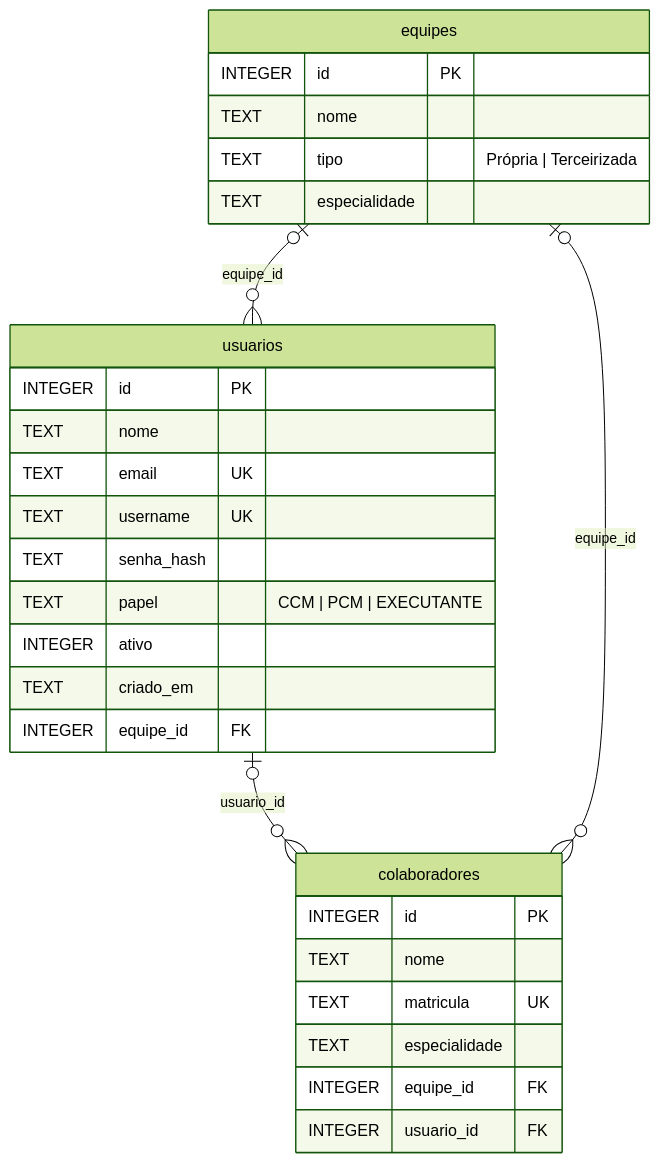
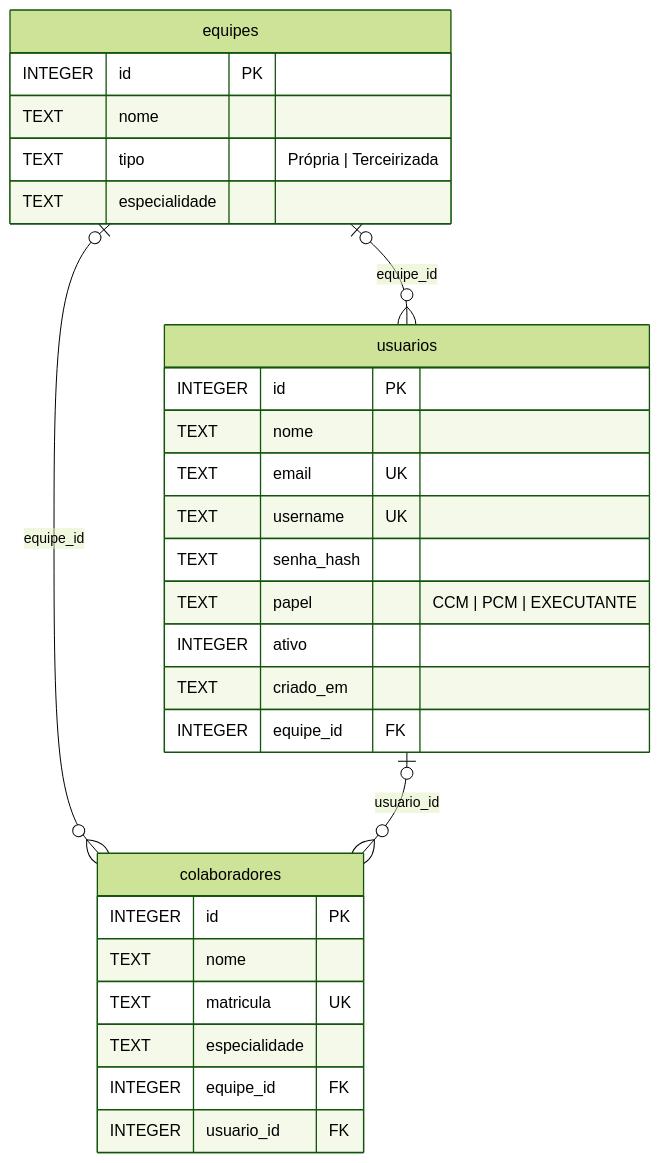
One commit to stephanyserri-senai/sigma-ccm-v3 changed the second of 8 diagrams in docs/banco-de-dados.md. Above: the diagram before and after it, drawn with Mermaid (forest theme). The commit also changed other lines of this file and 105 other files, not shown here.

````diff
--- a/docs/banco-de-dados.md
+++ b/docs/banco-de-dados.md
@@ -95,31 +95,31 @@
 ```mermaid
 erDiagram
   usuarios {
     INTEGER id PK
     TEXT nome
     TEXT email UK
     TEXT username UK
     TEXT senha_hash
     TEXT papel "CCM | PCM | EXECUTANTE"
     INTEGER ativo
     TEXT criado_em
     INTEGER equipe_id FK
   }
   equipes {
     INTEGER id PK
     TEXT nome
     TEXT tipo "Própria | Terceirizada"
     TEXT especialidade
   }
   colaboradores {
     INTEGER id PK
     TEXT nome
     TEXT matricula UK
     TEXT especialidade
     INTEGER equipe_id FK
     INTEGER usuario_id FK
   }
   equipes o|--o{ usuarios : "equipe_id"
+  equipes o|--o{ colaboradores : "equipe_id"
   usuarios o|--o{ colaboradores : "usuario_id"
-  equipes o|--o{ colaboradores : "equipe_id"
 ```
````
